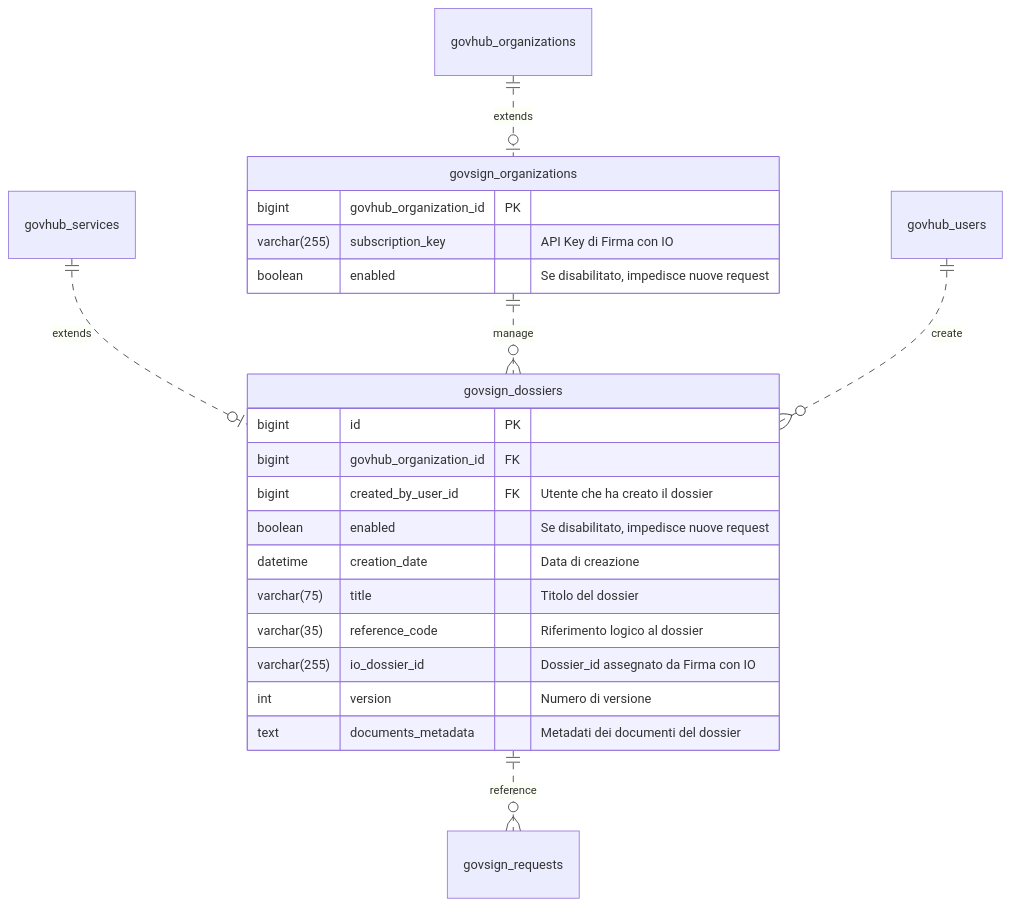
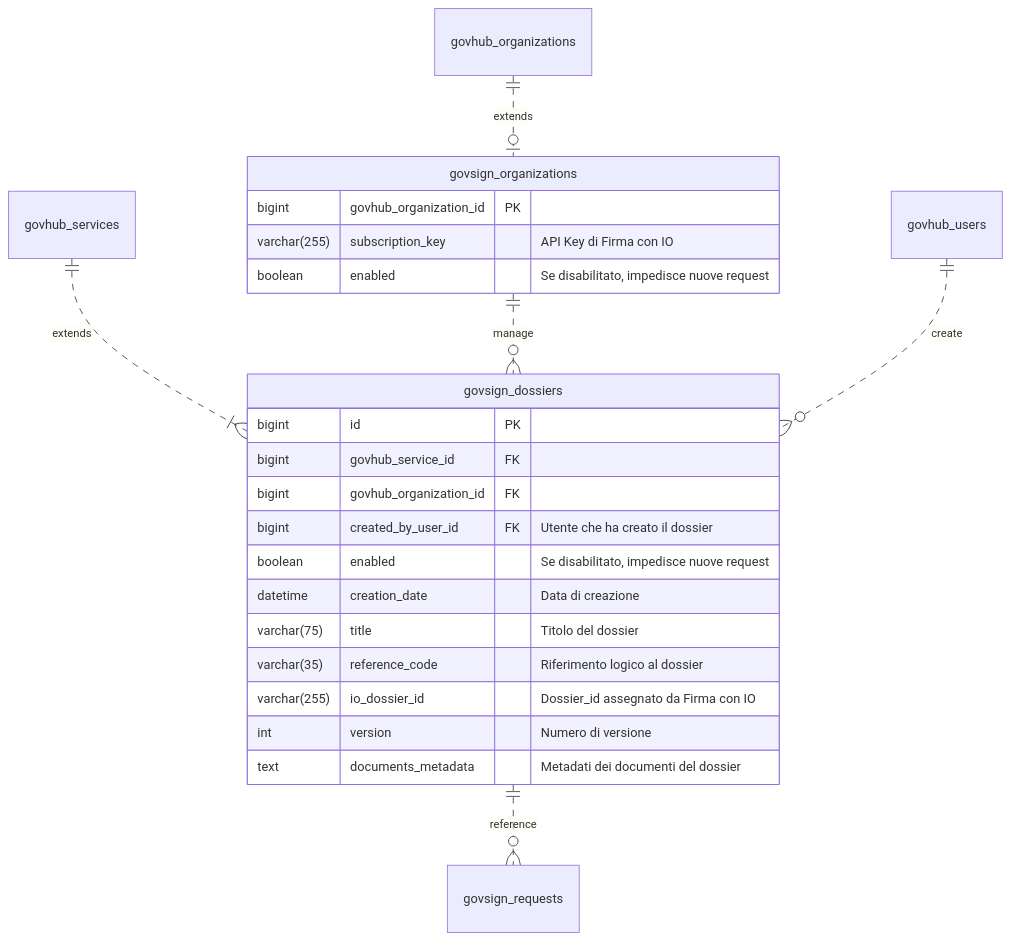
One commit to link-it/govsign-docs changed the diagram in specifiche-tecniche/schema-dati/dossier.md. Above: the diagram before and after it, drawn with Mermaid.

Commit message:
Update dossier.md
Aggiunta foreign key tra dossier e servizi

````diff
--- a/specifiche-tecniche/schema-dati/dossier.md
+++ b/specifiche-tecniche/schema-dati/dossier.md
@@ -3,31 +3,32 @@
 ```mermaid fullWidth="true"
 erDiagram
 
 govhub_organizations ||..o| govsign_organizations: "extends"
-govhub_services ||..o| govsign_dossiers: "extends"
+govhub_services ||..|{ govsign_dossiers: "extends"
 govsign_organizations ||..o{ govsign_dossiers: "manage"
 govsign_dossiers ||..o{ govsign_requests: "reference"
 govhub_users ||..o{ govsign_dossiers: "create"
 
 
 govsign_organizations {
     bigint govhub_organization_id PK
     varchar(255) subscription_key "API Key di Firma con IO"
     boolean enabled "Se disabilitato, impedisce nuove request"
 }
 
 govsign_dossiers {
     bigint id PK
+    bigint govhub_service_id FK
     bigint govhub_organization_id FK
     bigint created_by_user_id FK "Utente che ha creato il dossier"
     boolean enabled "Se disabilitato, impedisce nuove request"
     datetime creation_date "Data di creazione"
     varchar(75) title "Titolo del dossier" 
     varchar(35) reference_code "Riferimento logico al dossier" 
     varchar(255) io_dossier_id "Dossier_id assegnato da Firma con IO"
     int version "Numero di versione" 
     text documents_metadata "Metadati dei documenti del dossier"
 }
 
 
 ```
````
